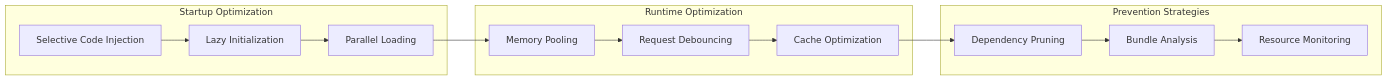
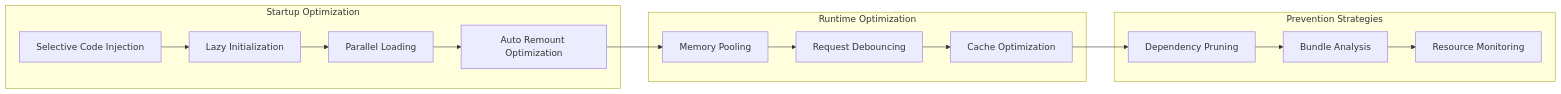
Before and after one commit to shekhargiri005-dotcom/AI-powered-accessibility-first-UI-engine: the ninth of 11 diagrams in .qoder/repowiki/en/content/Sandbox Runtime Crash Handling.md, drawn with Mermaid. The commit also changed other lines of this file and 3 other files, not shown here.

````diff
--- a/.qoder/repowiki/en/content/Sandbox Runtime Crash Handling.md
+++ b/.qoder/repowiki/en/content/Sandbox Runtime Crash Handling.md
@@ -348,26 +371,28 @@
 ```mermaid
 graph LR
 subgraph "Startup Optimization"
 CodeInjection[Selective Code Injection]
 LazyInitialization[Lazy Initialization]
 ParallelLoading[Parallel Loading]
+AutoRemount[Auto Remount Optimization]
 end
 subgraph "Runtime Optimization"
 MemoryPooling[Memory Pooling]
 RequestDebouncing[Request Debouncing]
 CacheOptimization[Cache Optimization]
 end
 subgraph "Prevention Strategies"
 DependencyPruning[Dependency Pruning]
 BundleAnalysis[Bundle Analysis]
 ResourceMonitoring[Resource Monitoring]
 end
 CodeInjection --> LazyInitialization
 LazyInitialization --> ParallelLoading
-ParallelLoading --> MemoryPooling
+ParallelLoading --> AutoRemount
+AutoRemount --> MemoryPooling
 MemoryPooling --> RequestDebouncing
 RequestDebouncing --> CacheOptimization
 CacheOptimization --> DependencyPruning
 DependencyPruning --> BundleAnalysis
 BundleAnalysis --> ResourceMonitoring
 ```
````
